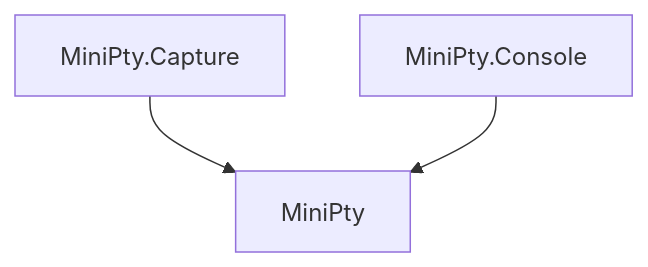
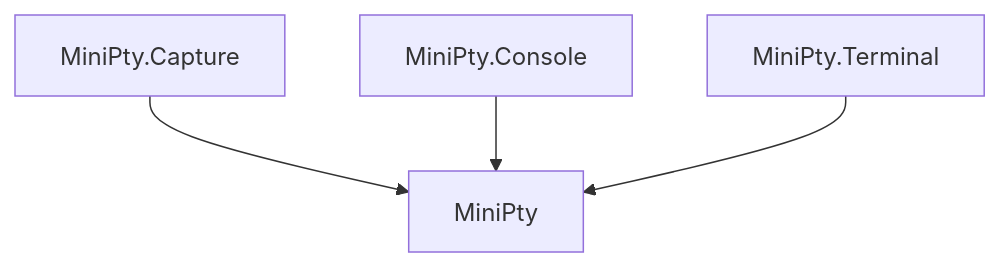
The diagram in .github/docs/spec.md (guitarrapc/MiniPty), drawn with Mermaid before and after one commit. The commit also changed other lines of this file and 31 other files, not shown here.

First line of the commit message:
feat: Terminal Backend PTY Support (#41)

````diff
--- a/.github/docs/spec.md
+++ b/.github/docs/spec.md
@@ -30,8 +31,10 @@
 ```mermaid
 flowchart TB
     M["MiniPty"]
     C["MiniPty.Capture"]
     O["MiniPty.Console"]
+    T["MiniPty.Terminal"]
     C --> M
     O --> M
+    T --> M
 ```
````
